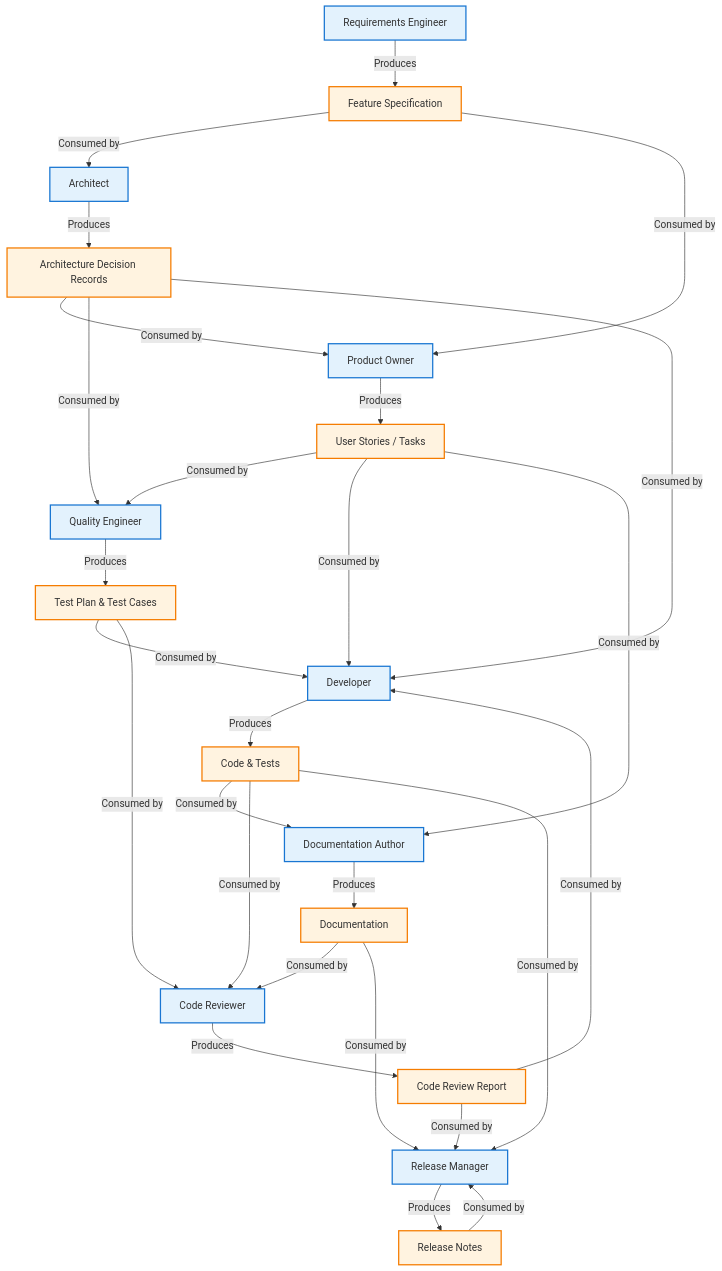
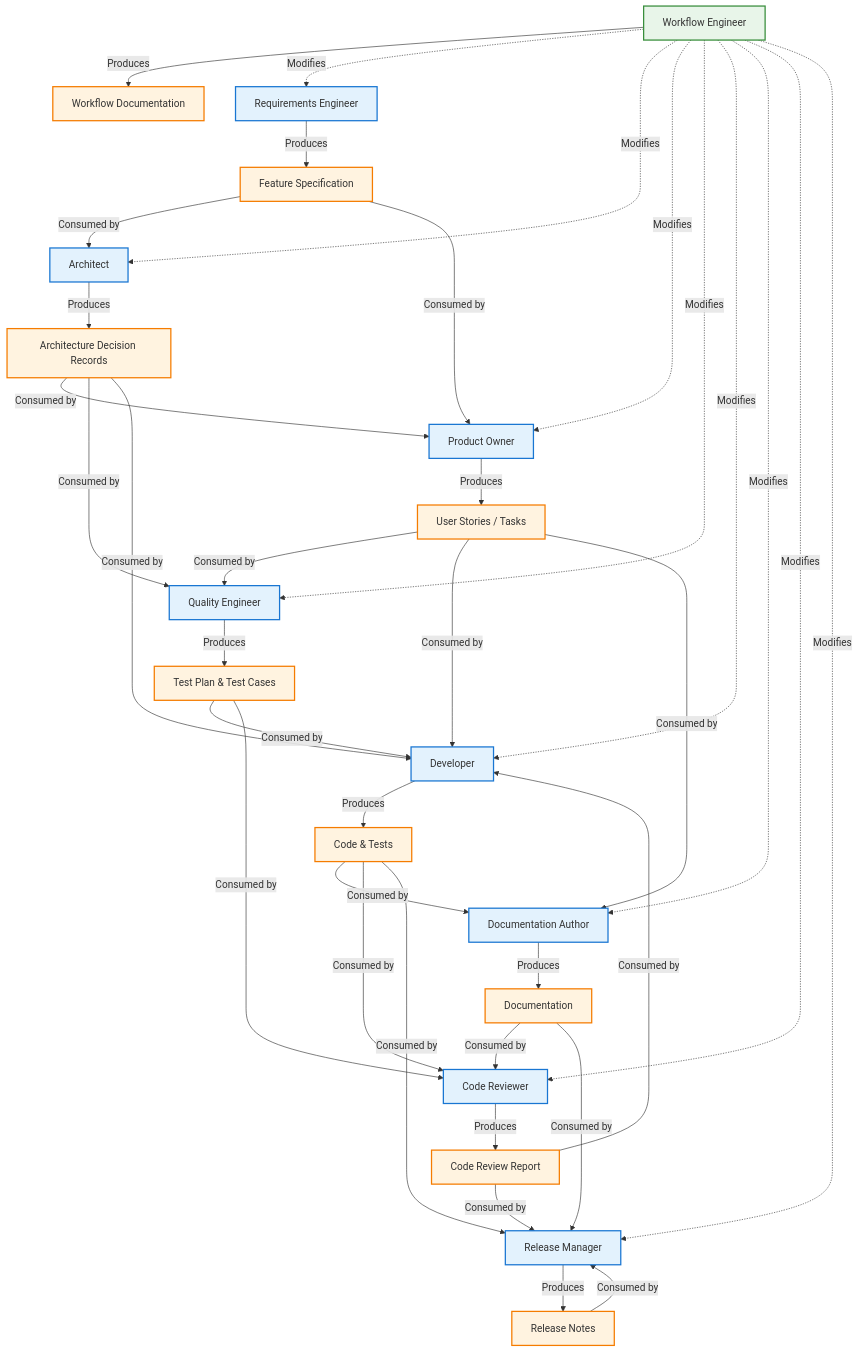
Before and after one commit to oocx/tfplan2md: the diagram in docs/agents.md, drawn with Mermaid. The commit also changed other lines of this file and 1 other file, not shown here.

Commit message:
feat: add Workflow Engineer agent for managing development workflow
- Created specialized agent for analyzing and improving the agent-based workflow
- Applied best practices from 2500+ GitHub agents.md analysis
- Includes model selection guidelines with benchmark/pricing references
- Clear boundaries using ✅/⚠️/🚫 pattern
- Step-by-step workflow with executable commands
- Documentation checklist for maintaining docs/agents.md
- Examples of good vs bad agent design patterns
- Complete tool reference with VS Code Copilot tool IDs

````diff
--- a/docs/agents.md
+++ b/docs/agents.md
@@ -17,56 +17,73 @@
 ```mermaid
 flowchart TB
 	%% Styles
 	classDef agent fill:#e3f2fd,stroke:#1976d2,stroke-width:2px;
 	classDef artifact fill:#fff3e0,stroke:#f57c00,stroke-width:2px,shape:cylinder;
+	classDef metaagent fill:#e8f5e9,stroke:#388e3c,stroke-width:2px;
 
 	%% Agents and artifacts in vertical order
 	RE[Requirements Engineer]
 	FS[Feature Specification]
 	AR[Architect]
 	ADR[Architecture Decision Records]
 	PO[Product Owner]
 	US[User Stories / Tasks]
 	QE[Quality Engineer]
 	TP[Test Plan & Test Cases]
 	DEV[Developer]
 	CODE[Code & Tests]
 	DOC[Documentation Author]
 	DOCS[Documentation]
 	CR[Code Reviewer]
 	CRR[Code Review Report]
 	RM[Release Manager]
 	REL[Release Notes]
+
+	%% Meta-agent (operates on the workflow itself)
+	WE[Workflow Engineer]
+	WD[Workflow Documentation]
 
 	%% Main vertical workflow
 	RE -- Produces --> FS
 	FS -- Consumed by --> AR
     FS -- Consumed by --> PO
 	AR -- Produces --> ADR
 	ADR -- Consumed by --> PO
 	PO -- Produces --> US
 	US -- Consumed by --> QE
 	QE -- Produces --> TP
 	TP -- Consumed by --> DEV
 	DEV -- Produces --> CODE
 	CODE -- Consumed by --> DOC
 	DOC -- Produces --> DOCS
 	DOCS -- Consumed by --> CR
 	CR -- Produces --> CRR
     CRR -- Consumed by --> DEV
 	CRR -- Consumed by --> RM
 	CODE -- Consumed by --> CR
 	TP -- Consumed by --> CR
 	US -- Consumed by --> DEV
 	ADR -- Consumed by --> QE
     ADR -- Consumed by --> DEV
 	US -- Consumed by --> DOC
 	CODE -- Consumed by --> RM
 	DOCS -- Consumed by --> RM
 	REL -- Consumed by --> RM
 	RM -- Produces --> REL
 
+	%% Workflow Engineer operates on workflow artifacts
+	WE -- Produces --> WD
+	WE -. Modifies .-> RE
+	WE -. Modifies .-> AR
+	WE -. Modifies .-> PO
+	WE -. Modifies .-> QE
+	WE -. Modifies .-> DEV
+	WE -. Modifies .-> DOC
+	WE -. Modifies .-> CR
+	WE -. Modifies .-> RM
+
 	%% Apply styles
 	class RE,AR,PO,QE,DEV,DOC,CR,RM agent;
-	class FS,US,ADR,TP,CODE,DOCS,CRR,REL artifact;
+	class WE metaagent;
+	class FS,US,ADR,TP,CODE,DOCS,CRR,REL,WD artifact;
 ```
````
